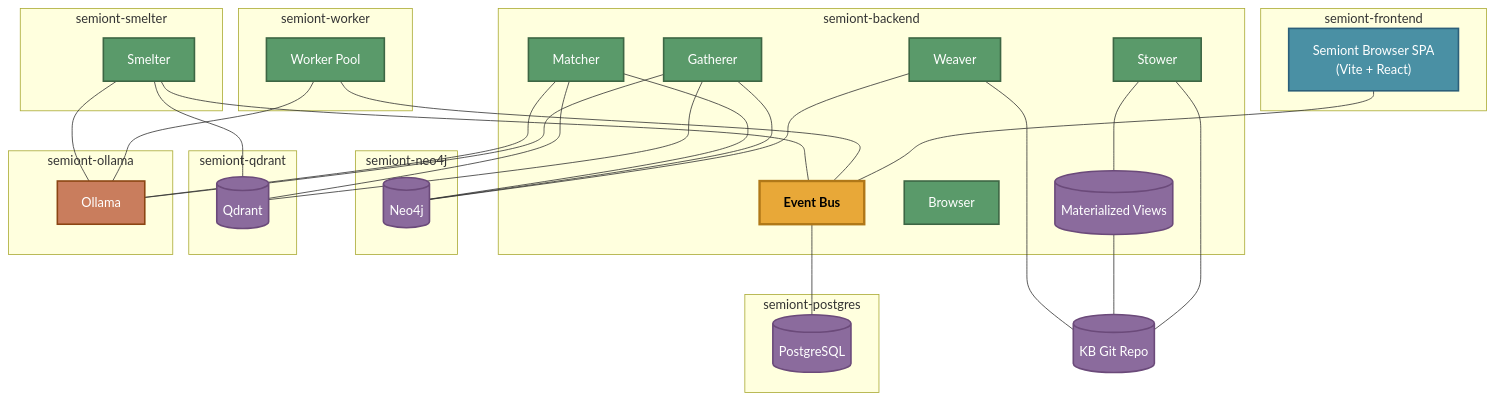
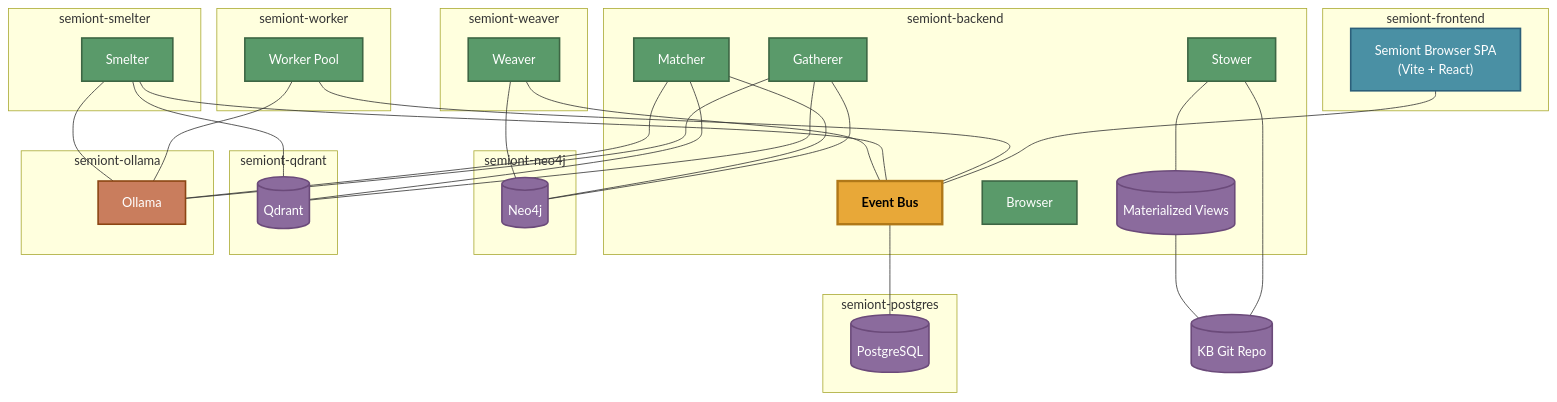
The diagram in docs/system/CONTAINER-TOPOLOGY.md (The-AI-Alliance/semiont), drawn with Mermaid before and after one commit. The commit also changed other lines of this file and 40 other files, not shown here.

First line of the commit message:
weaver isolation: the graph projection becomes a standalone actor (#984)

````diff
--- a/docs/system/CONTAINER-TOPOLOGY.md
+++ b/docs/system/CONTAINER-TOPOLOGY.md
@@ -15,74 +15,77 @@
 ```mermaid
 graph TB
     subgraph frontend_c ["semiont-frontend"]
         SPA["Semiont Browser SPA<br/>(Vite + React)"]
     end
 
     subgraph backend_c ["semiont-backend"]
         BUS["Event Bus"]
         STOWER["Stower"]
         BROWSER["Browser"]
         GATHERER["Gatherer"]
         MATCHER["Matcher"]
-        WEAVER["Weaver"]
         VIEWS[("Materialized Views")]
     end
 
     GIT[("KB Git Repo")]
 
     subgraph worker_c ["semiont-worker"]
         WORKERS["Worker Pool"]
     end
 
     subgraph smelter_c ["semiont-smelter"]
         SMELTER["Smelter"]
+    end
+
+    subgraph weaver_c ["semiont-weaver"]
+        WEAVER["Weaver"]
     end
 
     subgraph pg_c ["semiont-postgres"]
         PG[("PostgreSQL")]
     end
 
     subgraph neo_c ["semiont-neo4j"]
         NEO[("Neo4j")]
     end
 
     subgraph qd_c ["semiont-qdrant"]
         QD[("Qdrant")]
     end
 
     subgraph ol_c ["semiont-ollama"]
         OL["Ollama"]
     end
 
     SPA --- BUS
     WORKERS --- BUS
     SMELTER --- BUS
+    WEAVER --- BUS
 
     STOWER --- GIT
     STOWER --- VIEWS
     VIEWS --- GIT
-    WEAVER --- GIT
     WEAVER --- NEO
     SMELTER --- QD
     BUS --- PG
     WORKERS --- OL
     SMELTER --- OL
     GATHERER --- NEO
     GATHERER --- QD
     GATHERER --- OL
     MATCHER --- NEO
     MATCHER --- QD
     MATCHER --- OL
 
     classDef bus fill:#e8a838,stroke:#b07818,stroke-width:3px,color:#000,font-weight:bold
     classDef actor fill:#5a9a6a,stroke:#3d6644,stroke-width:2px,color:#fff
     classDef store fill:#8b6b9d,stroke:#6b4a7a,stroke-width:2px,color:#fff
     classDef spa fill:#4a90a4,stroke:#2c5f7a,stroke-width:2px,color:#fff
     classDef service fill:#c97d5d,stroke:#8b4513,stroke-width:2px,color:#fff
 
     class BUS bus
     class STOWER,BROWSER,GATHERER,MATCHER,WEAVER,WORKERS,SMELTER actor
     class GIT,VIEWS,PG,NEO,QD store
     class SPA spa
     class OL service
 ```
````
